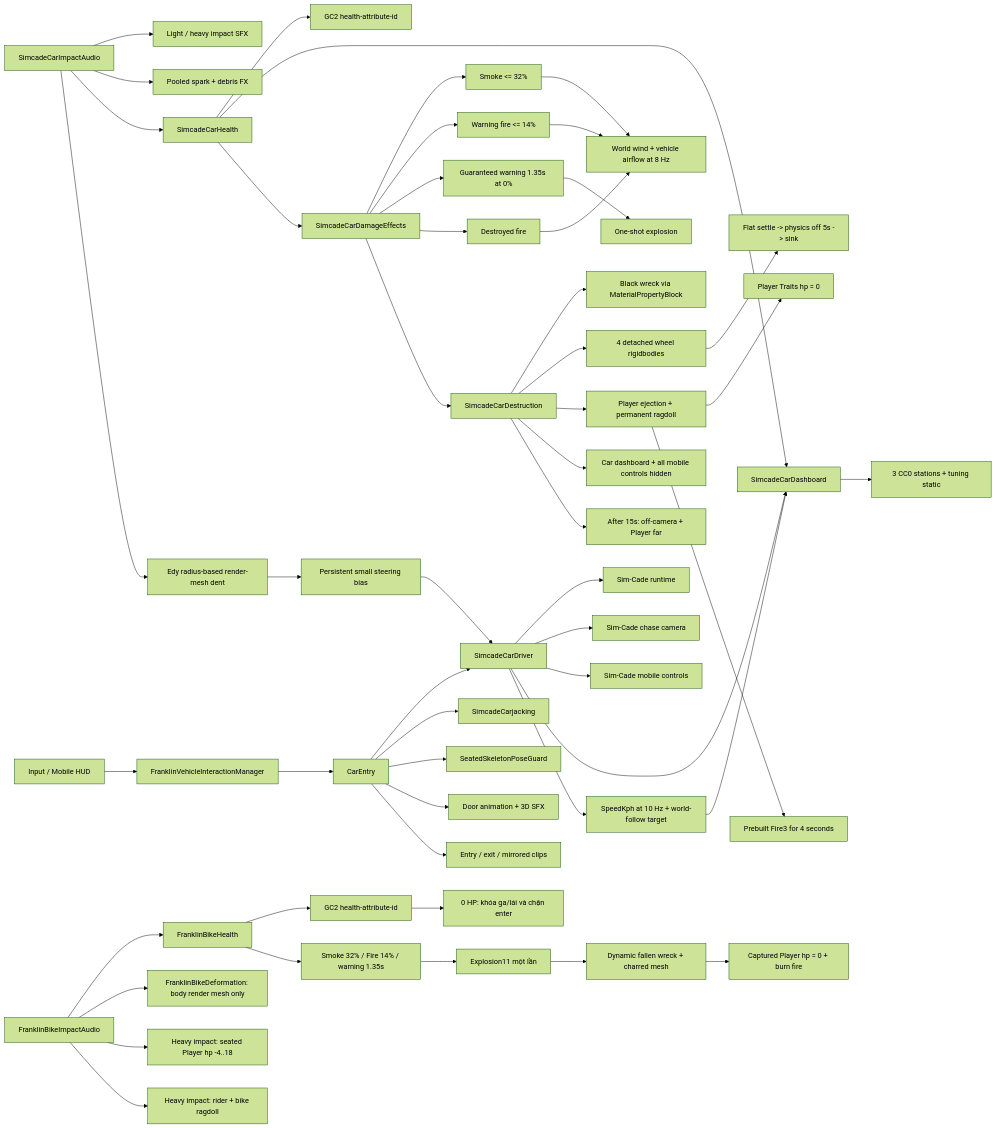
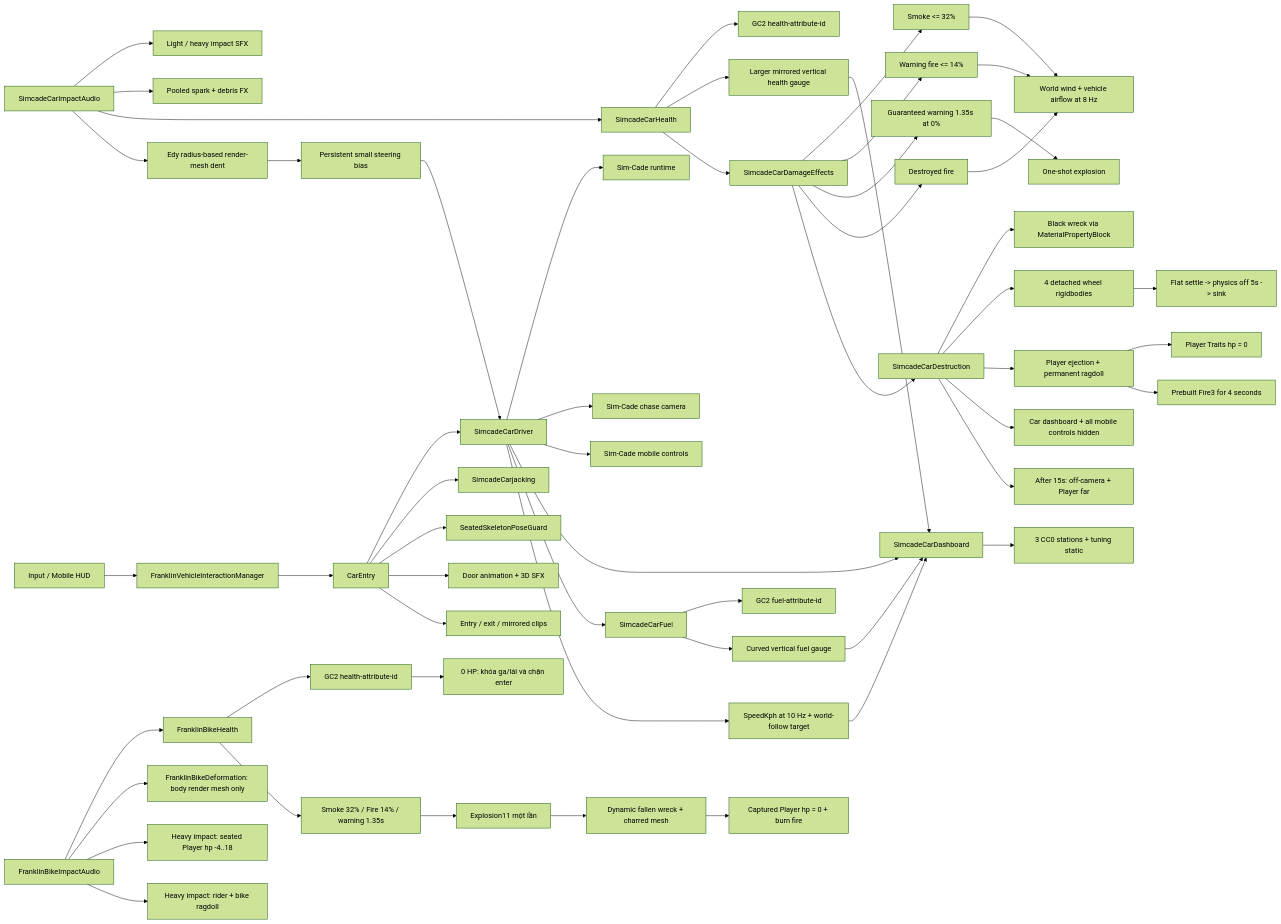
Before and after one commit to diepquocphong/AnonymousCrime: the first of 4 diagrams in Assets/Ash Assets/Vehicle Integration/README.md, drawn with Mermaid (forest theme). The commit also changed other lines of this file and 94 other files, not shown here.

````diff
--- a/Assets/Ash Assets/Vehicle Integration/README.md
+++ b/Assets/Ash Assets/Vehicle Integration/README.md
@@ -107,53 +108,58 @@
 ```mermaid
 flowchart LR
     Input["Input / Mobile HUD"] --> Interaction["FranklinVehicleInteractionManager"]
     Interaction --> Entry["CarEntry"]
     Entry --> Driver["SimcadeCarDriver"]
     Entry --> Jack["SimcadeCarjacking"]
     Entry --> Pose["SeatedSkeletonPoseGuard"]
     Driver --> Simcade["Sim-Cade runtime"]
     Driver --> Camera["Sim-Cade chase camera"]
     Driver --> Mobile["Sim-Cade mobile controls"]
     Driver --> Dashboard["SimcadeCarDashboard"]
+    Driver --> Fuel["SimcadeCarFuel"]
+    Fuel --> FuelTraits["GC2 fuel-attribute-id"]
+    Fuel --> FuelGauge["Curved vertical fuel gauge"]
+    FuelGauge --> Dashboard
     Impact["SimcadeCarImpactAudio"] --> Audio["Light / heavy impact SFX"]
     Impact --> FX["Pooled spark + debris FX"]
     Impact --> Health["SimcadeCarHealth"]
     Impact --> Dent["Edy radius-based render-mesh dent"]
     Dent --> SteeringDamage["Persistent small steering bias"]
     SteeringDamage --> Driver
     Health --> Traits["GC2 health-attribute-id"]
-    Health --> Dashboard
+    Health --> HealthGauge["Larger mirrored vertical health gauge"]
+    HealthGauge --> Dashboard
     Health --> DamageFX["SimcadeCarDamageEffects"]
     DamageFX --> WeakSmoke["Smoke <= 32%"]
     DamageFX --> CriticalFire["Warning fire <= 14%"]
     CriticalFire --> Wind["World wind + vehicle airflow at 8 Hz"]
     WeakSmoke --> Wind
     DamageFX --> Delay["Guaranteed warning 1.35s at 0%"]
     Delay --> Explosion["One-shot explosion"]
     DamageFX --> Fire["Destroyed fire"]
     Fire --> Wind
     DamageFX --> Destruction["SimcadeCarDestruction"]
     Destruction --> Charred["Black wreck via MaterialPropertyBlock"]
     Destruction --> Wheels["4 detached wheel rigidbodies"]
     Wheels --> WheelCleanup["Flat settle -> physics off 5s -> sink"]
     Destruction --> Eject["Player ejection + permanent ragdoll"]
     Eject --> PlayerTraits["Player Traits hp = 0"]
     Eject --> Burn["Prebuilt Fire3 for 4 seconds"]
     Destruction --> HideUI["Car dashboard + all mobile controls hidden"]
     Destruction --> WreckCleanup["After 15s: off-camera + Player far"]
     Driver --> Speed["SpeedKph at 10 Hz + world-follow target"]
     Speed --> Dashboard
     Dashboard --> Radio["3 CC0 stations + tuning static"]
     Entry --> Door["Door animation + 3D SFX"]
     Entry --> Clips["Entry / exit / mirrored clips"]
     BikeImpact["FranklinBikeImpactAudio"] --> BikeHealth["FranklinBikeHealth"]
     BikeImpact --> BikeDent["FranklinBikeDeformation: body render mesh only"]
     BikeHealth --> BikeTraits["GC2 health-attribute-id"]
     BikeImpact --> BikePlayerDamage["Heavy impact: seated Player hp -4..18"]
     BikeTraits --> BikeLock["0 HP: khóa ga/lái và chặn enter"]
     BikeHealth --> BikeDamageFX["Smoke 32% / Fire 14% / warning 1.35s"]
     BikeDamageFX --> BikeExplosion["Explosion11 một lần"]
     BikeExplosion --> BikeWreck["Dynamic fallen wreck + charred mesh"]
     BikeWreck --> BikePlayerZero["Captured Player hp = 0 + burn fire"]
     BikeImpact --> BikeCrash["Heavy impact: rider + bike ragdoll"]
 ```
````
